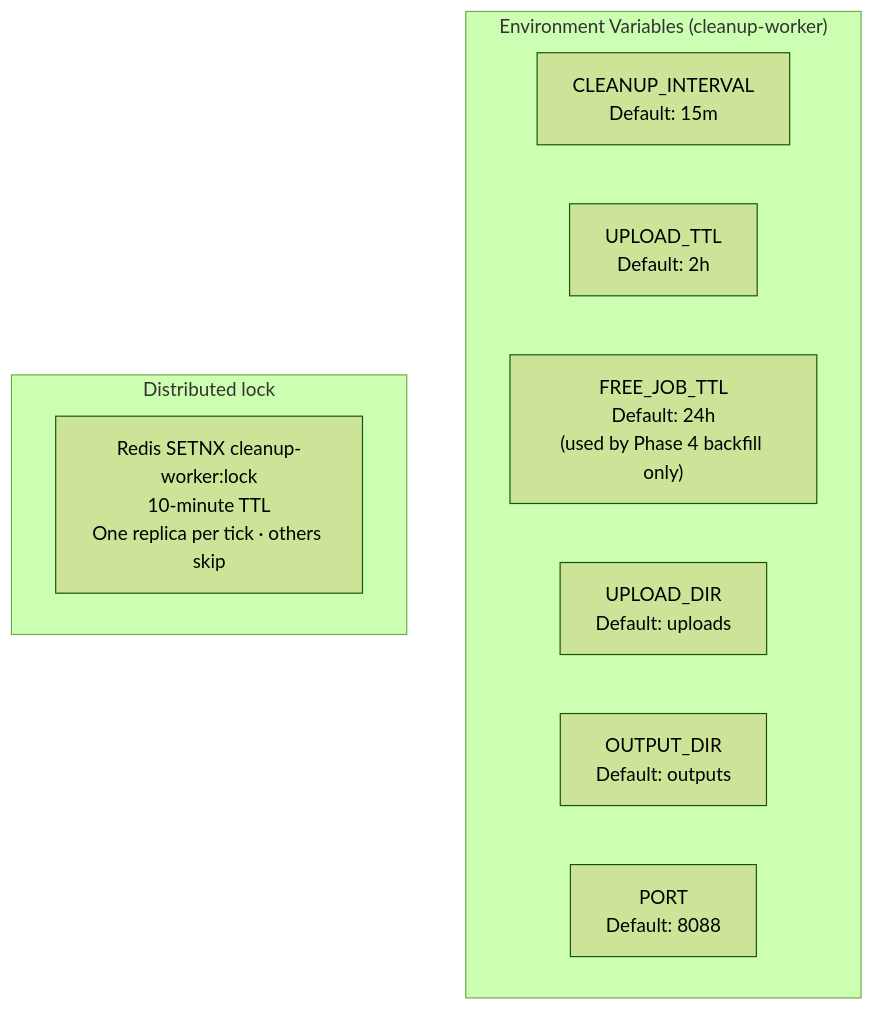
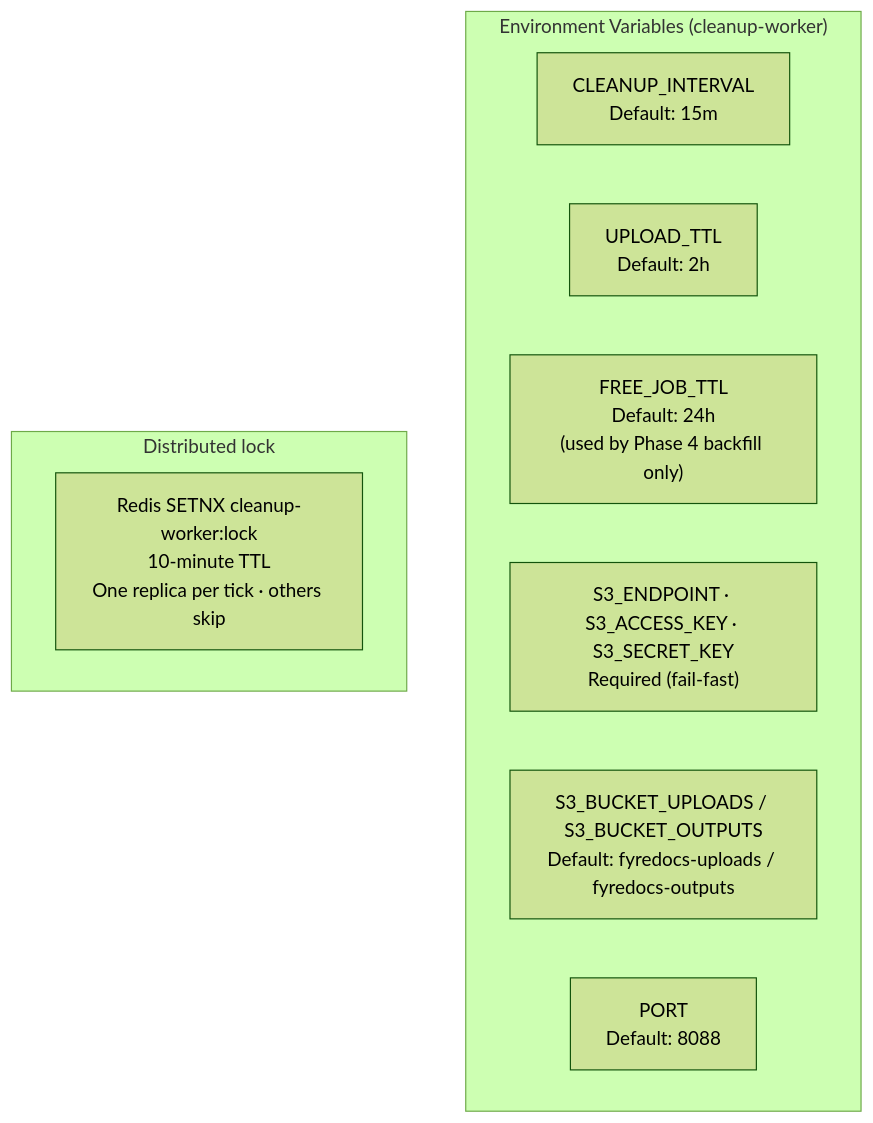
Before and after one commit to Prachidubey2003/fyredocs_backend: the third of 4 diagrams in docs/developer/mermaid/service-cleanup-worker-architecture.md, drawn with Mermaid (forest theme). The commit also changed other lines of this file and 84 other files, not shown here.

````diff
--- a/docs/developer/mermaid/service-cleanup-worker-architecture.md
+++ b/docs/developer/mermaid/service-cleanup-worker-architecture.md
@@ -96,15 +96,15 @@
 ```mermaid
 graph TD
     subgraph EnvVars["Environment Variables (cleanup-worker)"]
         A["CLEANUP_INTERVAL<br/>Default: 15m"]
         B["UPLOAD_TTL<br/>Default: 2h"]
         C["FREE_JOB_TTL<br/>Default: 24h<br/>(used by Phase 4 backfill only)"]
-        D["UPLOAD_DIR<br/>Default: uploads"]
-        E["OUTPUT_DIR<br/>Default: outputs"]
+        D["S3_ENDPOINT · S3_ACCESS_KEY · S3_SECRET_KEY<br/>Required (fail-fast)"]
+        E["S3_BUCKET_UPLOADS / S3_BUCKET_OUTPUTS<br/>Default: fyredocs-uploads / fyredocs-outputs"]
         F["PORT<br/>Default: 8088"]
     end
 
     subgraph Locking["Distributed lock"]
         L["Redis SETNX cleanup-worker:lock<br/>10-minute TTL<br/>One replica per tick · others skip"]
     end
 ```
````
